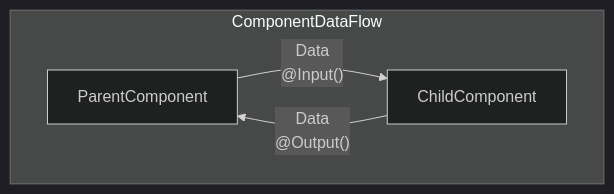
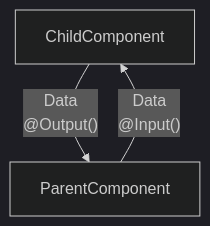
Before and after one commit to sdsanchezm/angular-all: the diagram in README.md, drawn with Mermaid (dark theme). The commit also changed other lines of this file, not shown here.

Commit message:
adding angular documentation

```diff
--- a/README.md
+++ b/README.md
@@ -364,7 +366,5 @@
 ~~~mermaid
 graph TD
-    subgraph ComponentDataFlow
-        odx1[ParentComponent]-- Data<br>@Input() --> odx2
-        odx2[ChildComponent]-- Data<br>@Output() --> odx1
-    end
+    odx2[ChildComponent]-- "Data<br>@Output()" --> odx1
+    odx1[ParentComponent]-- "Data<br>@Input()" --> odx2
 ~~~
```
